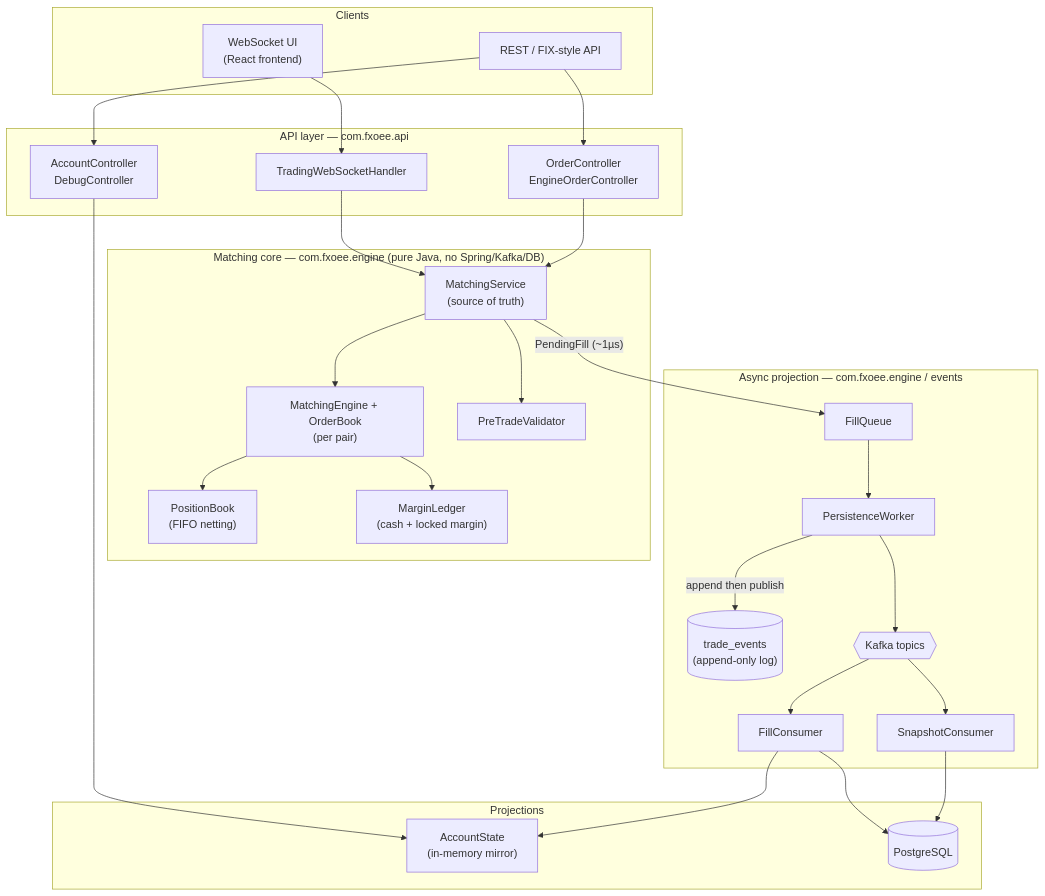
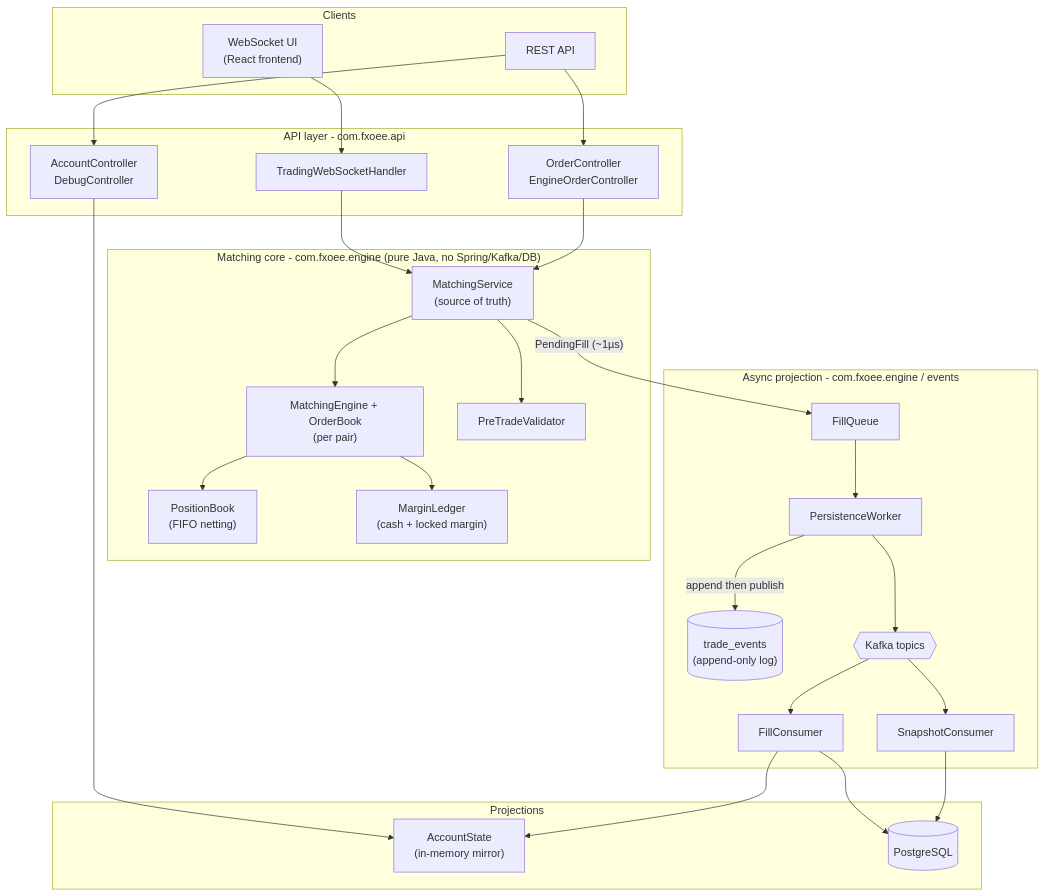
Before and after one commit to mc139/fx-oee-docs: the diagram in README.md, drawn with Mermaid. The commit also changed other lines of this file and 21 other files, not shown here.

````diff
--- a/README.md
+++ b/README.md
@@ -14,48 +14,48 @@
 ```mermaid
 flowchart TB
     subgraph client["Clients"]
         WS["WebSocket UI<br/>(React frontend)"]
-        REST["REST / FIX-style API"]
+        REST["REST API"]
     end
 
-    subgraph api["API layer — com.fxoee.api"]
+    subgraph api["API layer - com.fxoee.api"]
         OC["OrderController<br/>EngineOrderController"]
         AC["AccountController<br/>DebugController"]
         WSH["TradingWebSocketHandler"]
     end
 
-    subgraph engine["Matching core — com.fxoee.engine (pure Java, no Spring/Kafka/DB)"]
+    subgraph engine["Matching core - com.fxoee.engine (pure Java, no Spring/Kafka/DB)"]
         MS["MatchingService<br/>(source of truth)"]
         ME["MatchingEngine + OrderBook<br/>(per pair)"]
         PB["PositionBook<br/>(FIFO netting)"]
         ML["MarginLedger<br/>(cash + locked margin)"]
         PV["PreTradeValidator"]
     end
 
-    subgraph async["Async projection — com.fxoee.engine / events"]
+    subgraph async["Async projection - com.fxoee.engine / events"]
         FQ["FillQueue"]
         PW["PersistenceWorker"]
         LOG[("trade_events<br/>(append-only log)")]
         K{{"Kafka topics"}}
         FC["FillConsumer"]
         SC["SnapshotConsumer"]
     end
 
     subgraph stores["Projections"]
         AS["AccountState<br/>(in-memory mirror)"]
         DB[("PostgreSQL")]
     end
 
     WS --> WSH
     REST --> OC & AC
     WSH --> MS
     OC --> MS
     AC --> AS
     MS --> ME --> PB & ML
     MS --> PV
     MS -- "PendingFill (~1µs)" --> FQ --> PW
     PW -- "append then publish" --> LOG
     PW --> K
     K --> FC --> DB & AS
     K --> SC --> DB
 ```
````
